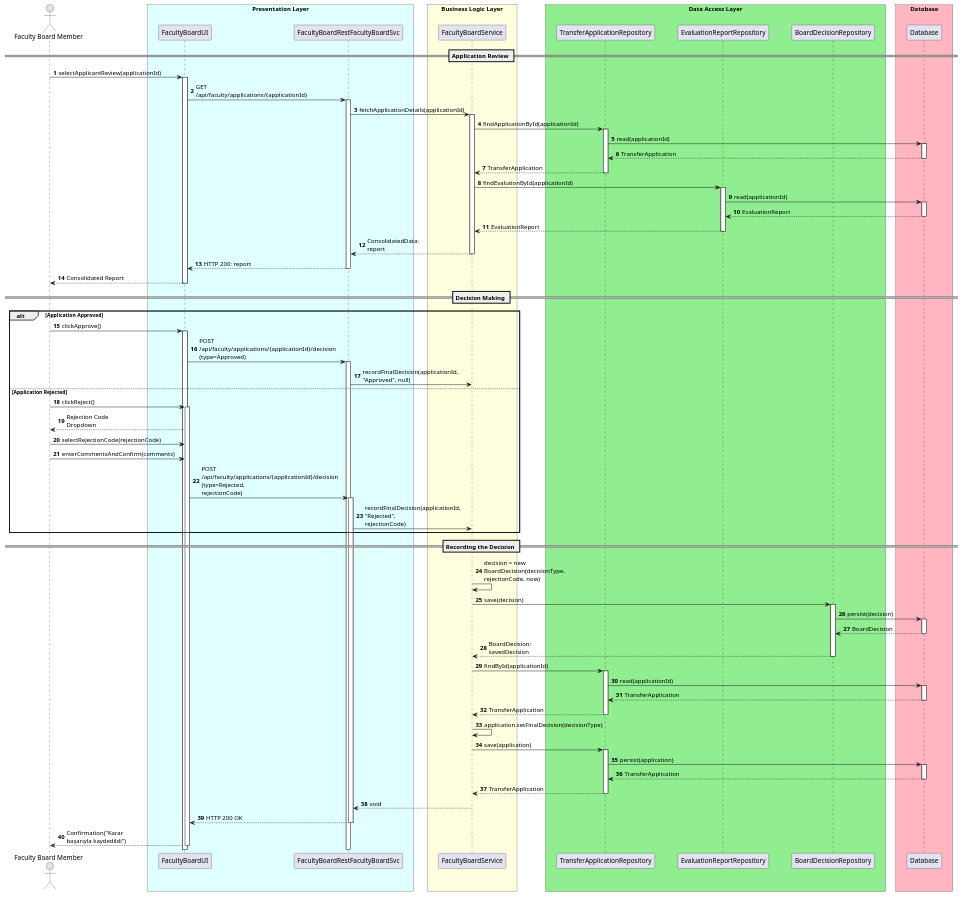
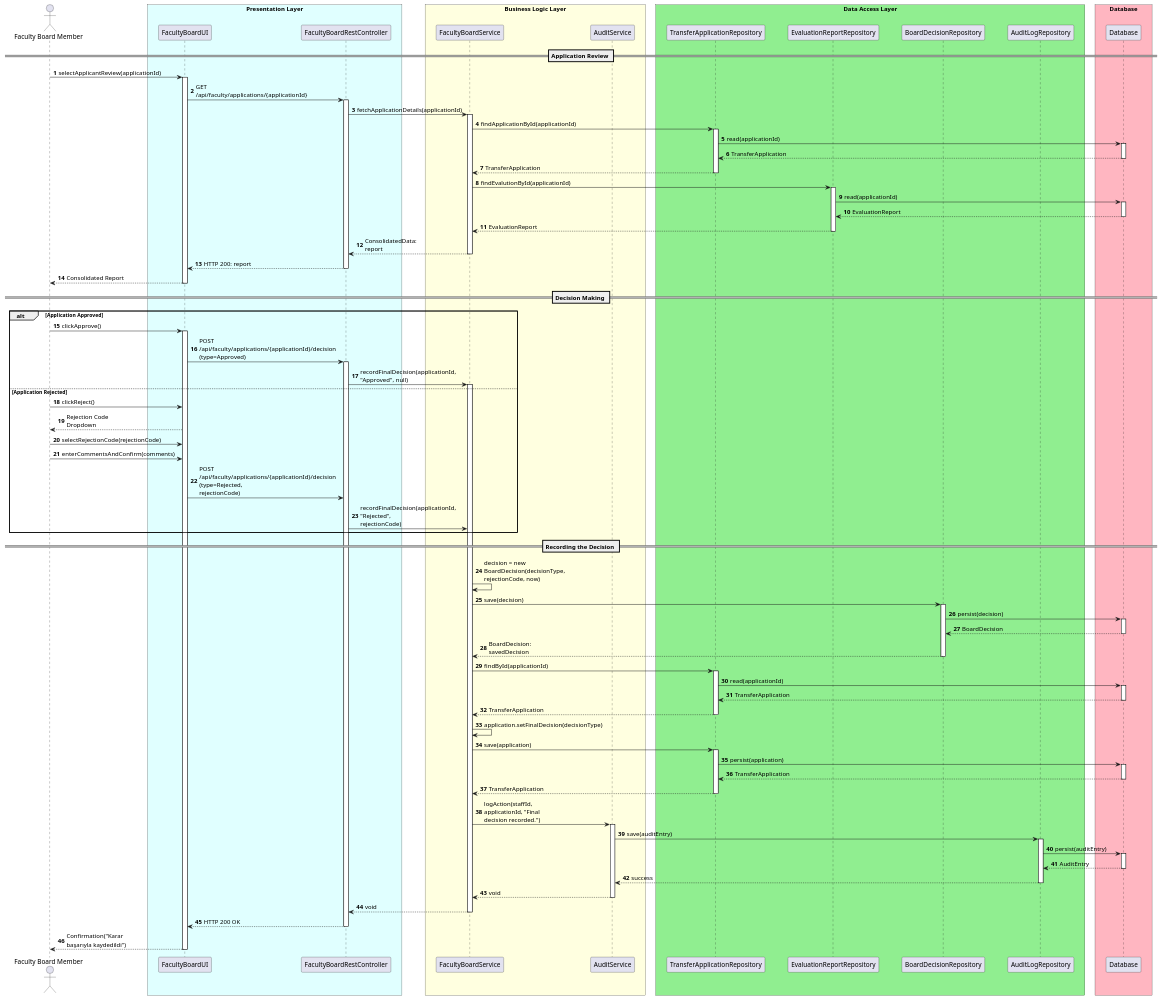
One commit to UTMS-G02/utms changed the diagram in docs/uml/uc-11-updated.puml. Above: the diagram before and after it, drawn with PlantUML. The commit also changed 3 other files, not shown here.

```diff
--- a/docs/uml/uc-11-updated.puml
+++ b/docs/uml/uc-11-updated.puml
@@ -1,135 +1,153 @@
 @startuml uc-11
 autonumber
 skinparam maxMessageSize 150
 skinparam ParticipantPadding 20
 skinparam BoxPadding 10
 
 actor "Faculty Board Member" as Board
 
 box "Presentation Layer" #LightCyan
     participant "FacultyBoardUI" as UI
-    participant "FacultyBoardRestFacultyBoardSvc" as RestFacultyBoardSvc
+    participant "FacultyBoardRestController" as RestFacultyBoardSvc
 end box
 
 box "Business Logic Layer" #LightYellow
     participant "FacultyBoardService" as FacultyBoardSvc
+    participant "AuditService" as AuditSvc
 end box
 
 box "Data Access Layer" #LightGreen
     participant "TransferApplicationRepository" as AppDB
     participant "EvaluationReportRepository" as EvalDB
     participant "BoardDecisionRepository" as DecisionDB
+    participant "AuditLogRepository" as AuditDB
 end box
 
 box "Database" #LightPink
     participant "Database" as DB
 end box
 
 == Application Review ==
 
 Board -> UI: selectApplicantReview(applicationId)
 activate UI
 
 UI -> RestFacultyBoardSvc: GET /api/faculty/applications/{applicationId}
 activate RestFacultyBoardSvc
 
 RestFacultyBoardSvc -> FacultyBoardSvc: fetchApplicationDetails(applicationId)
 activate FacultyBoardSvc
 
 FacultyBoardSvc -> AppDB: findApplicationById(applicationId)
 activate AppDB
 AppDB -> DB: read(applicationId)
 activate DB
 DB --> AppDB: TransferApplication
 deactivate DB
 AppDB --> FacultyBoardSvc: TransferApplication
 deactivate AppDB
 
 FacultyBoardSvc -> EvalDB: findEvalutionById(applicationId)
 activate EvalDB
 EvalDB -> DB: read(applicationId)
 activate DB
 DB --> EvalDB: EvaluationReport
 deactivate DB
 EvalDB --> FacultyBoardSvc: EvaluationReport
 deactivate EvalDB
 
 FacultyBoardSvc --> RestFacultyBoardSvc: ConsolidatedData: report
 deactivate FacultyBoardSvc
 
 RestFacultyBoardSvc --> UI: HTTP 200: report
 deactivate RestFacultyBoardSvc
 
 UI --> Board: Consolidated Report
 deactivate UI
 
 == Decision Making ==
 
 alt Application Approved
 
     Board -> UI: clickApprove()
     activate UI
     UI -> RestFacultyBoardSvc: POST /api/faculty/applications/{applicationId}/decision (type=Approved)
     activate RestFacultyBoardSvc
     RestFacultyBoardSvc -> FacultyBoardSvc: recordFinalDecision(applicationId, "Approved", null)
+    activate FacultyBoardSvc
 
 else Application Rejected
 
     Board -> UI: clickReject()
-    activate UI
     UI --> Board: Rejection Code Dropdown
     Board -> UI: selectRejectionCode(rejectionCode)
     Board -> UI: enterCommentsAndConfirm(comments)
     UI -> RestFacultyBoardSvc: POST /api/faculty/applications/{applicationId}/decision (type=Rejected, rejectionCode)
-    activate RestFacultyBoardSvc
     RestFacultyBoardSvc -> FacultyBoardSvc: recordFinalDecision(applicationId, "Rejected", rejectionCode)
 
 end
 
 == Recording the Decision ==
 
 activate FacultyBoardSvc
 
 
 
 FacultyBoardSvc -> FacultyBoardSvc: decision = new BoardDecision(decisionType, rejectionCode, now)
 
 FacultyBoardSvc -> DecisionDB: save(decision)
 activate DecisionDB
 DecisionDB -> DB: persist(decision)
 activate DB
 DB --> DecisionDB: BoardDecision
 deactivate DB
 DecisionDB --> FacultyBoardSvc: BoardDecision: savedDecision
 deactivate DecisionDB
 
 FacultyBoardSvc -> AppDB: findById(applicationId)
 activate AppDB
 AppDB -> DB: read(applicationId)
 activate DB
 DB --> AppDB: TransferApplication
 deactivate DB
 AppDB --> FacultyBoardSvc: TransferApplication
 deactivate AppDB
 
 FacultyBoardSvc -> FacultyBoardSvc: application.setFinalDecision(decisionType)
 
 FacultyBoardSvc -> AppDB: save(application)
 activate AppDB
 AppDB -> DB: persist(application)
 activate DB
 DB --> AppDB: TransferApplication
 deactivate DB
 AppDB --> FacultyBoardSvc: TransferApplication
 deactivate AppDB
 
+
+FacultyBoardSvc -> AuditSvc: logAction(staffId, applicationId, "Final decision recorded.")
+activate AuditSvc
+AuditSvc -> AuditDB: save(auditEntry)
+activate AuditDB
+AuditDB -> DB: persist(auditEntry)
+activate DB
+DB --> AuditDB: AuditEntry
+deactivate DB
+AuditDB --> AuditSvc: success
+deactivate AuditDB
+AuditSvc --> FacultyBoardSvc: void
+deactivate AuditSvc
+
+
+
+
 FacultyBoardSvc --> RestFacultyBoardSvc: void
 deactivate FacultyBoardSvc
 
 RestFacultyBoardSvc --> UI: HTTP 200 OK
 deactivate RestFacultyBoardSvc
 
 UI --> Board: Confirmation("Karar başarıyla kaydedildi")
 deactivate UI
 
 @enduml
```
